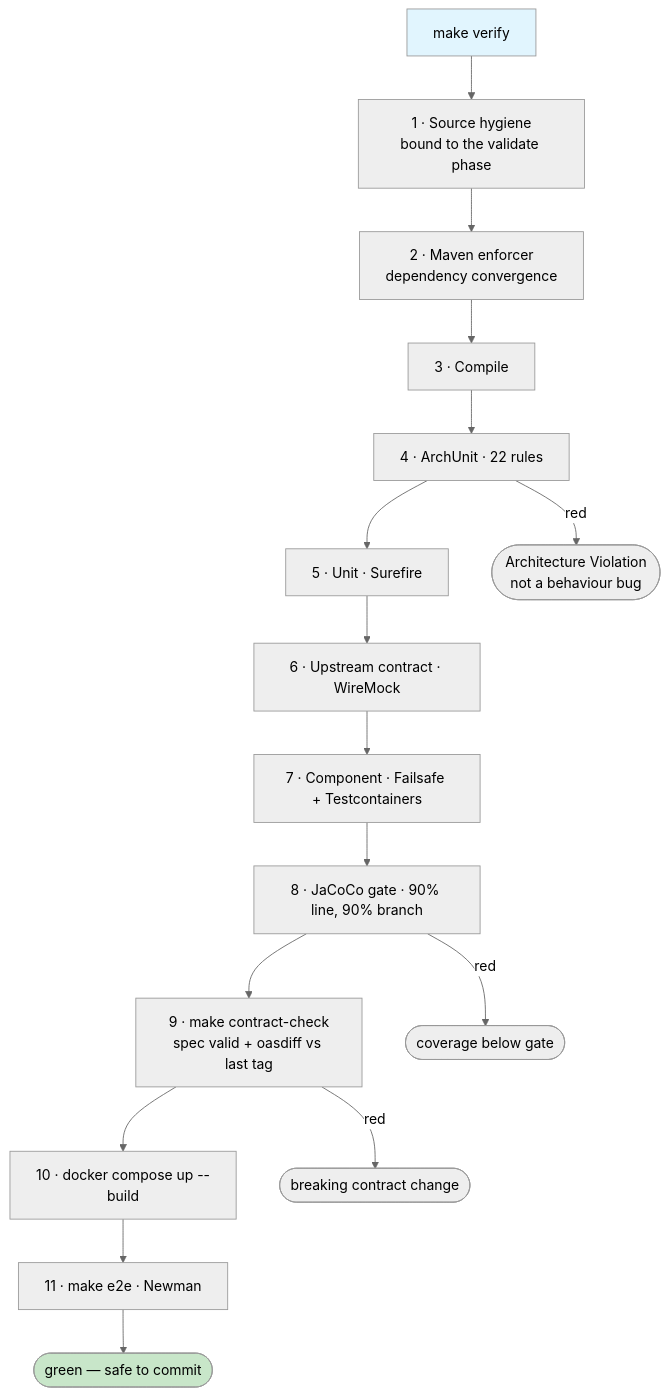
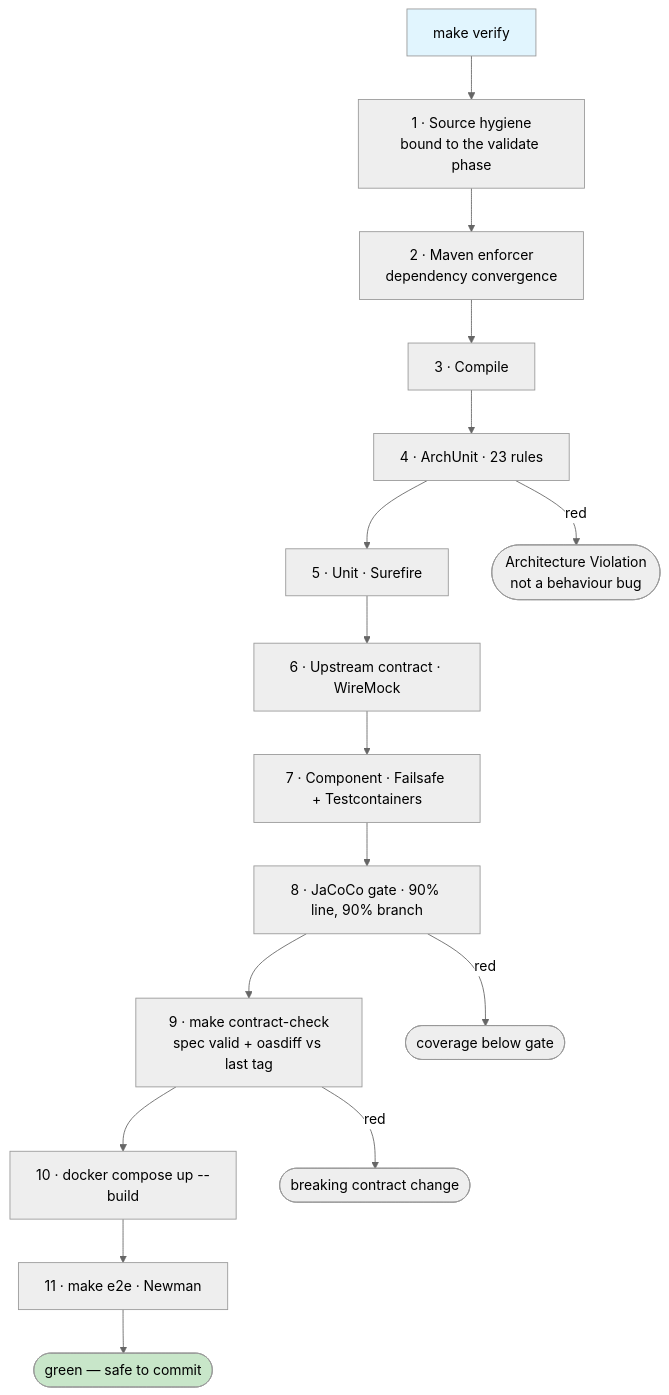
Before and after one commit to davidmtzenciso/pokedex-api: the diagram in docs/diagrams/verification-gates.md, drawn with Mermaid (neutral theme). The commit also changed 17 other files, not shown here.

````diff
--- a/docs/diagrams/verification-gates.md
+++ b/docs/diagrams/verification-gates.md
@@ -5,22 +5,22 @@
 ```mermaid
 flowchart TD
   V["make verify"] --> H["1 · Source hygiene<br/>bound to the validate phase"]
   H --> E["2 · Maven enforcer<br/>dependency convergence"]
   E --> C["3 · Compile"]
-  C --> A["4 · ArchUnit · 22 rules"]
+  C --> A["4 · ArchUnit · 23 rules"]
   A --> U["5 · Unit · Surefire"]
   U --> W["6 · Upstream contract · WireMock"]
   W --> K["7 · Component · Failsafe + Testcontainers"]
   K --> J["8 · JaCoCo gate · 90% line, 90% branch"]
   J --> S["9 · make contract-check<br/>spec valid + oasdiff vs last tag"]
   S --> D["10 · docker compose up --build"]
   D --> N["11 · make e2e · Newman"]
   N --> OK([green — safe to commit])
 
   A -->|red| FA([Architecture Violation<br/>not a behaviour bug])
   J -->|red| FJ([coverage below gate])
   S -->|red| FS([breaking contract change])
 
   style V fill:#e1f5fe
   style OK fill:#c8e6c9
 ```
````
